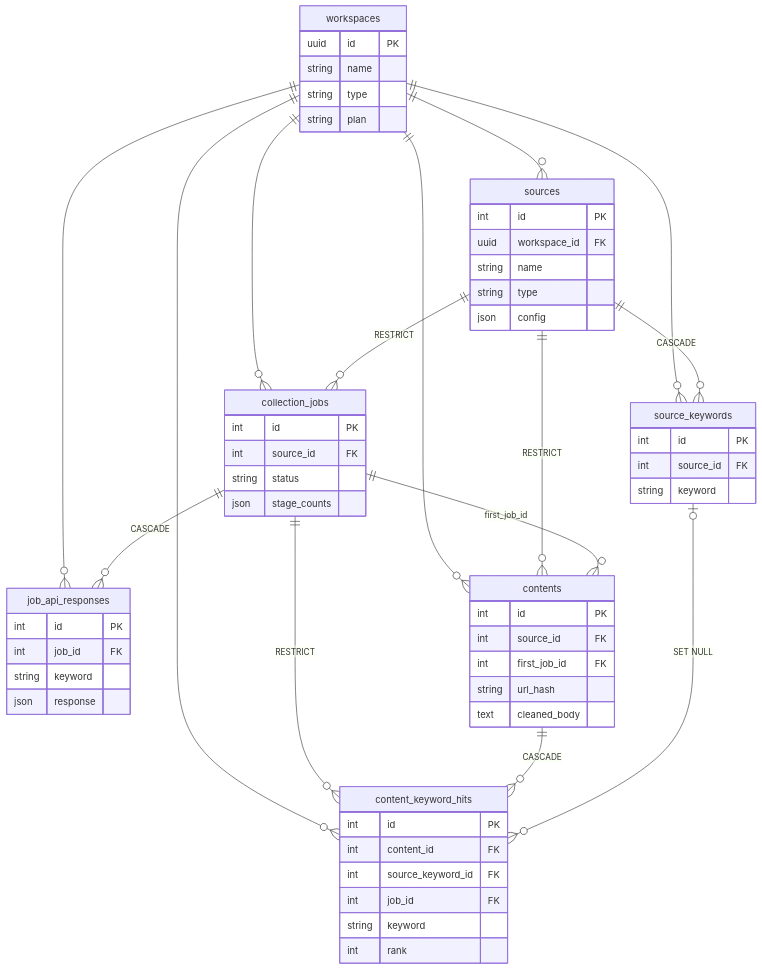
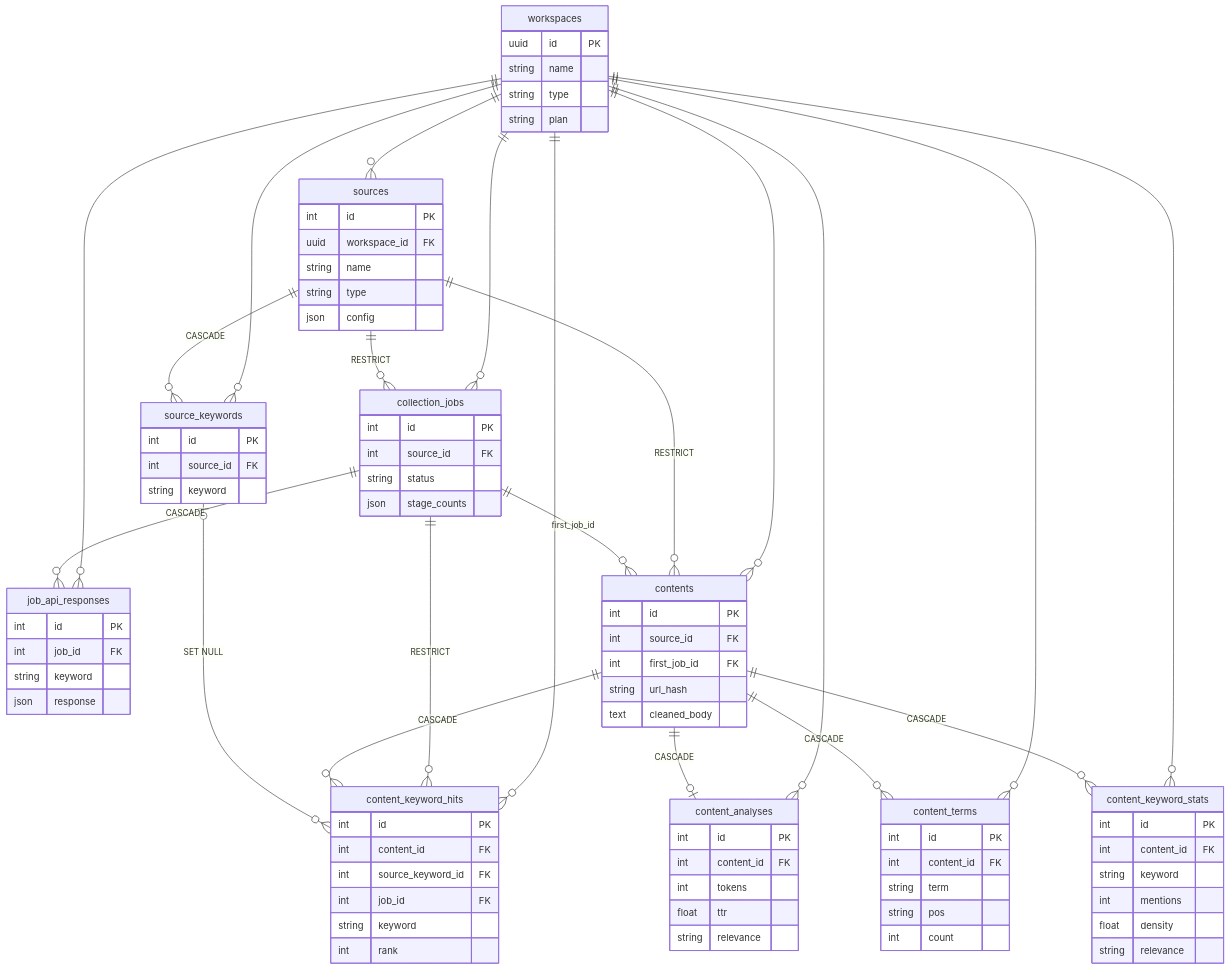
One commit to aivill3/content-collector-agent changed the diagram in docs/db-schema.md. Above: the diagram before and after it, drawn with Mermaid. The commit also changed other lines of this file and 34 other files, not shown here.

````diff
--- a/docs/db-schema.md
+++ b/docs/db-schema.md
@@ -25,6 +25,9 @@
     workspaces ||--o{ job_api_responses : ""
     workspaces ||--o{ contents : ""
     workspaces ||--o{ content_keyword_hits : ""
+    workspaces ||--o{ content_analyses : ""
+    workspaces ||--o{ content_terms : ""
+    workspaces ||--o{ content_keyword_stats : ""
 
     sources ||--o{ source_keywords : "CASCADE"
     sources ||--o{ collection_jobs : "RESTRICT"
@@ -34,6 +37,9 @@
     collection_jobs ||--o{ content_keyword_hits : "RESTRICT"
     contents ||--o{ content_keyword_hits : "CASCADE"
     source_keywords |o--o{ content_keyword_hits : "SET NULL"
+    contents ||--o| content_analyses : "CASCADE"
+    contents ||--o{ content_terms : "CASCADE"
+    contents ||--o{ content_keyword_stats : "CASCADE"
 
     workspaces {
         uuid id PK
@@ -80,4 +86,26 @@
         string keyword
         int rank
     }
+    content_analyses {
+        int id PK
+        int content_id FK
+        int tokens
+        float ttr
+        string relevance
+    }
+    content_terms {
+        int id PK
+        int content_id FK
+        string term
+        string pos
+        int count
+    }
+    content_keyword_stats {
+        int id PK
+        int content_id FK
+        string keyword
+        int mentions
+        float density
+        string relevance
+    }
 ```
````
